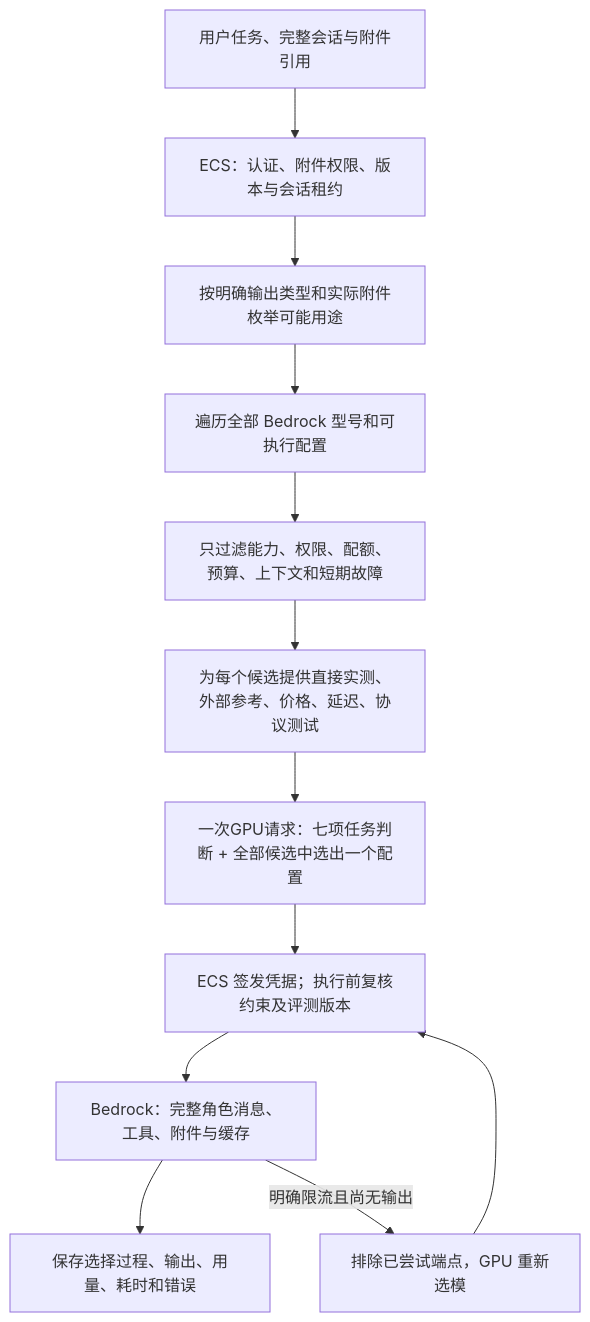
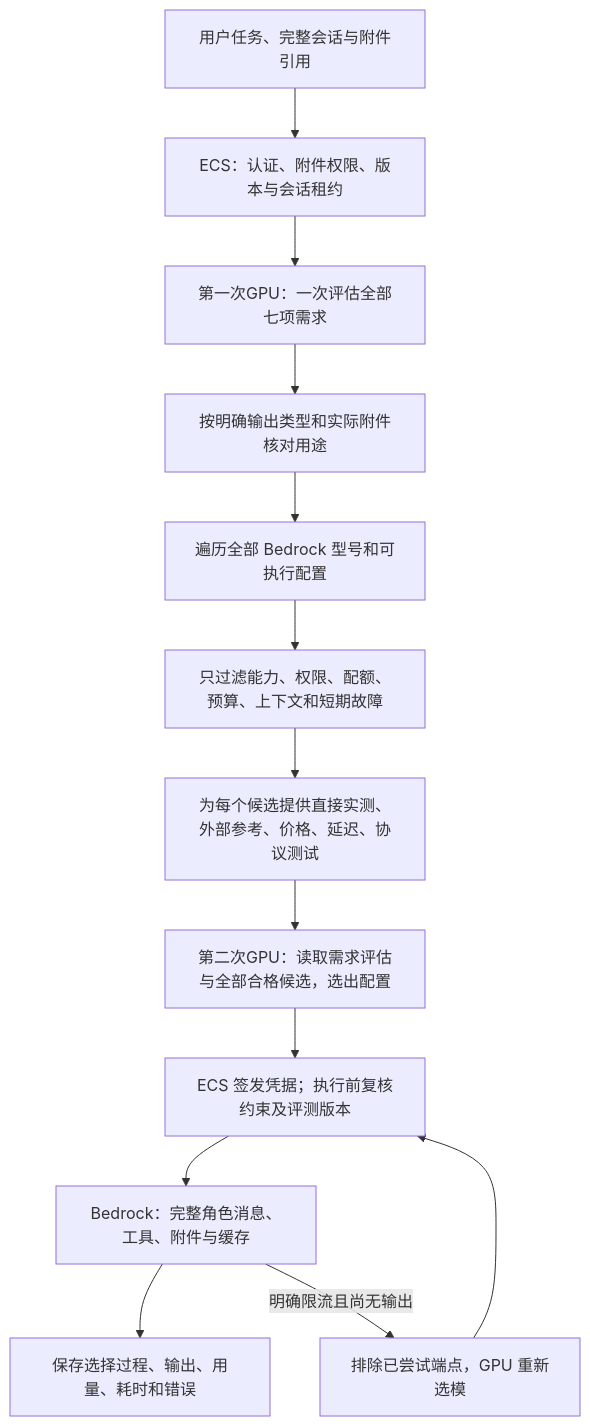
The diagram in docs/BEDROCK_CLASSIFIED_ROUTING.zh.md (milan9527/DeciderModelRouter), drawn with Mermaid before and after one commit. The commit also changed other lines of this file and 113 other files, not shown here.

````diff
--- a/docs/BEDROCK_CLASSIFIED_ROUTING.zh.md
+++ b/docs/BEDROCK_CLASSIFIED_ROUTING.zh.md
@@ -9,14 +9,15 @@
 ```mermaid
 flowchart TD
     A[用户任务、完整会话与附件引用] --> B[ECS：认证、附件权限、版本与会话租约]
-    B --> D[按明确输出类型和实际附件枚举可能用途]
+    B --> C[第一次GPU：一次评估全部七项需求]
+    C --> D[按明确输出类型和实际附件核对用途]
     D --> E[遍历全部 Bedrock 型号和可执行配置]
     E --> F[只过滤能力、权限、配额、预算、上下文和短期故障]
     F --> G[为每个候选提供直接实测、外部参考、价格、延迟、协议测试]
-    G --> I[一次GPU请求：七项任务判断 + 全部候选中选出一个配置]
+    G --> I[第二次GPU：读取需求评估与全部合格候选，选出配置]
     I --> J[ECS 签发凭据；执行前复核约束及评测版本]
     J --> K[Bedrock：完整角色消息、工具、附件与缓存]
     K --> L[保存选择过程、输出、用量、耗时和错误]
     K -->|明确限流且尚无输出| M[排除已尝试端点，GPU 重新选模]
     M --> J
 ```
````
